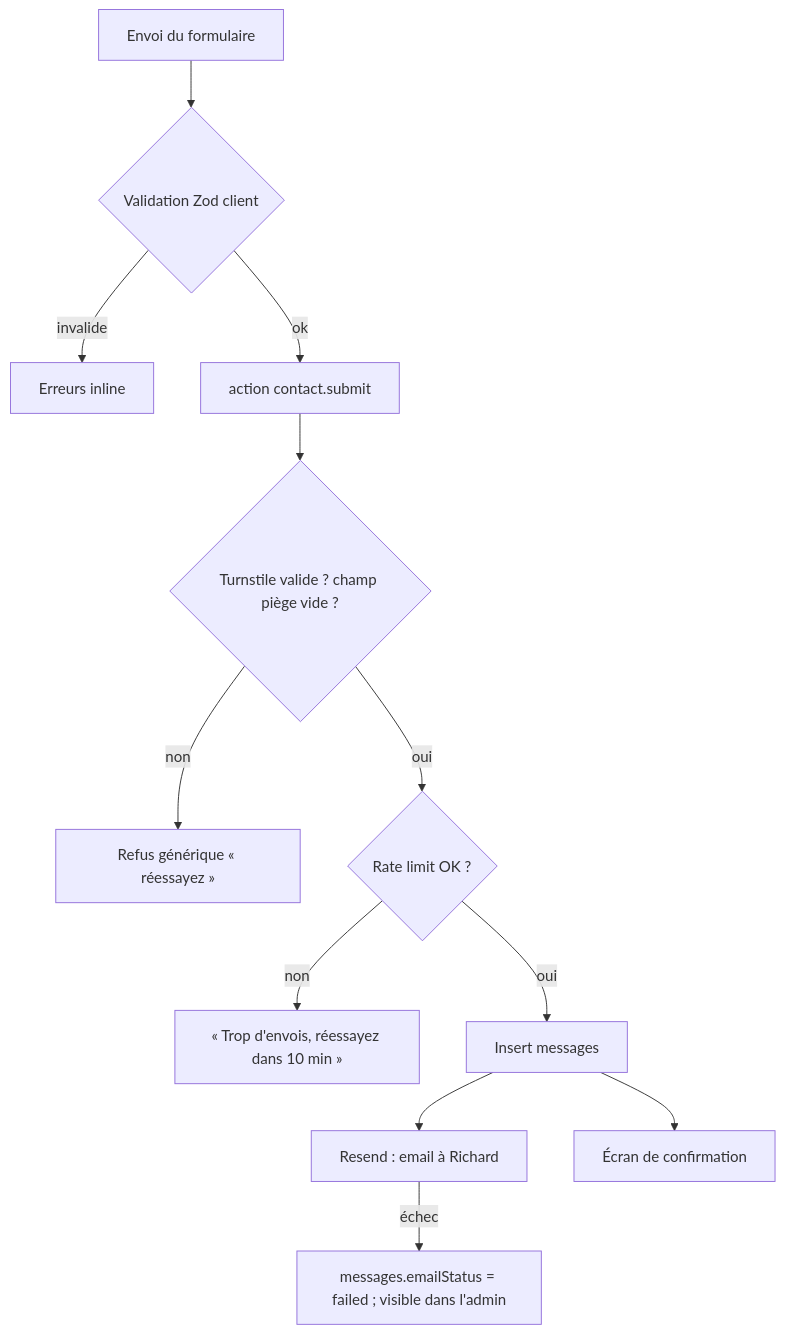
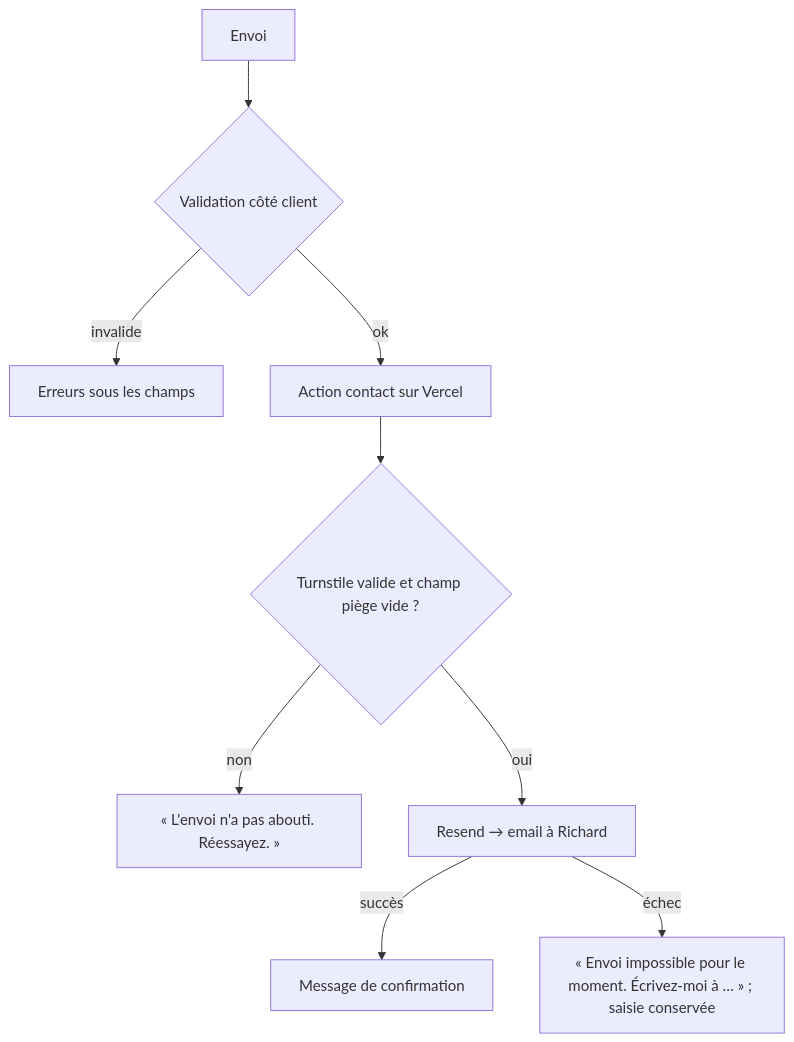
Before and after one commit to Stryxman/portfolio: the fifth of 5 diagrams in docs/APP_FLOW.md, drawn with Mermaid. The commit also changed other lines of this file and 9 other files, not shown here.

First line of the commit message:
Docs v1.1 : architecture Astro statique après le conseil LLM

````diff
--- a/docs/APP_FLOW.md
+++ b/docs/APP_FLOW.md
@@ -128,14 +108,11 @@
 ```mermaid
 flowchart TD
-  A[Envoi du formulaire] --> B{Validation Zod client}
-  B -->|invalide| B1[Erreurs inline]
-  B -->|ok| C[action contact.submit]
-  C --> D{Turnstile valide ? champ piège vide ?}
-  D -->|non| D1[Refus générique « réessayez »]
-  D -->|oui| E{Rate limit OK ?}
-  E -->|non| E1[« Trop d'envois, réessayez dans 10 min »]
-  E -->|oui| F[Insert messages]
-  F --> G[Resend : email à Richard]
-  G -->|échec| G1[messages.emailStatus = failed ; visible dans l'admin]
-  F --> H[Écran de confirmation]
+  A[Envoi] --> B{Validation côté client}
+  B -->|invalide| B1[Erreurs sous les champs]
+  B -->|ok| C[Action contact sur Vercel]
+  C --> D{Turnstile valide et champ piège vide ?}
+  D -->|non| D1[« L'envoi n'a pas abouti. Réessayez. »]
+  D -->|oui| E[Resend → email à Richard]
+  E -->|succès| F[Message de confirmation]
+  E -->|échec| G[« Envoi impossible pour le moment. Écrivez-moi à … » ; saisie conservée]
 ```
````
